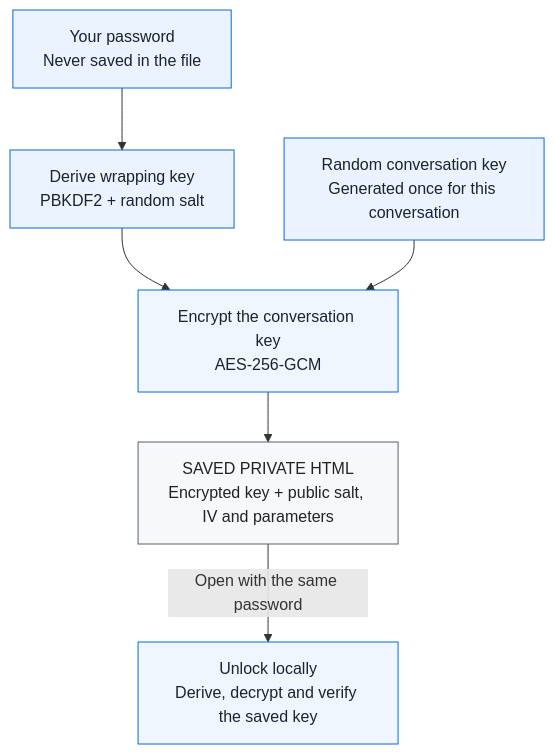
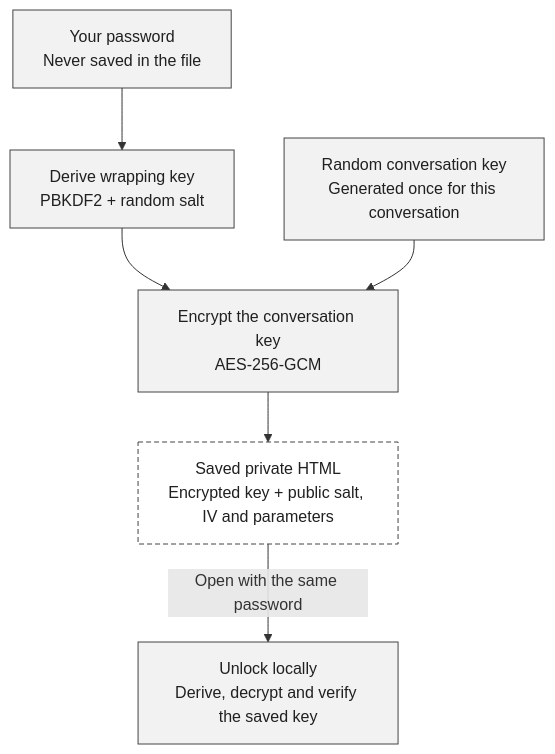
One commit to BodoVPN/bodo-pech-pech changed the second of 2 diagrams in README.md. Above: the diagram before and after it, drawn with Mermaid. The commit also changed other lines of this file and 16 other files, not shown here.

````diff
--- a/README.md
+++ b/README.md
@@ -87,19 +89,19 @@
 ```mermaid
 flowchart TB
   accTitle: How the private HTML protects its conversation key
   accDescr: A password and random salt derive a temporary wrapping key. AES-GCM encrypts a separate random conversation key. The HTML stores only the encrypted key and public parameters. Opening the file with the password locally authenticates and recovers the conversation key.
   P["Your password<br/>Never saved in the file"]:::secret
   K["Random conversation key<br/>Generated once for this conversation"]:::secret
   W["Derive wrapping key<br/>PBKDF2 + random salt"]:::secret
   X["Encrypt the conversation key<br/>AES-256-GCM"]:::local
-  F["SAVED PRIVATE HTML<br/>Encrypted key + public salt, IV and parameters"]:::stored
+  F["Saved private HTML<br/>Encrypted key + public salt, IV and parameters"]:::stored
   U["Unlock locally<br/>Derive, decrypt and verify the saved key"]:::local
   P --> W
   W --> X
   K --> X
   X --> F
   F -->|Open with the same password| U
-  classDef secret fill:#eaf3ff,stroke:#0969da,color:#1f2328
-  classDef local fill:#f0f6ff,stroke:#0969da,color:#1f2328
-  classDef stored fill:#f6f8fa,stroke:#59636e,color:#1f2328
+  classDef secret fill:#f2f2f2,stroke:#444444,color:#202020
+  classDef local fill:#f2f2f2,stroke:#444444,color:#202020
+  classDef stored fill:#ffffff,stroke:#444444,color:#202020,stroke-dasharray:5 3
 ```
````
